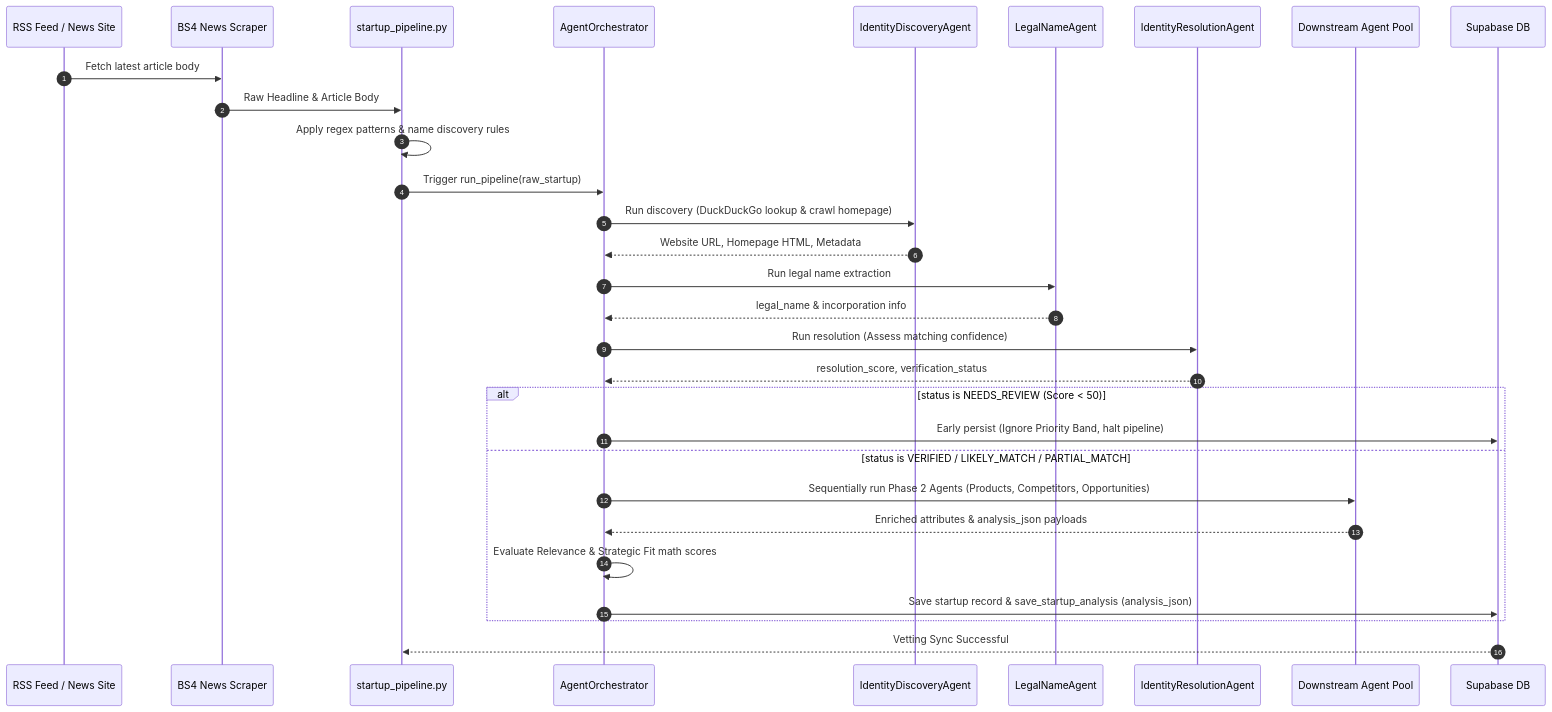
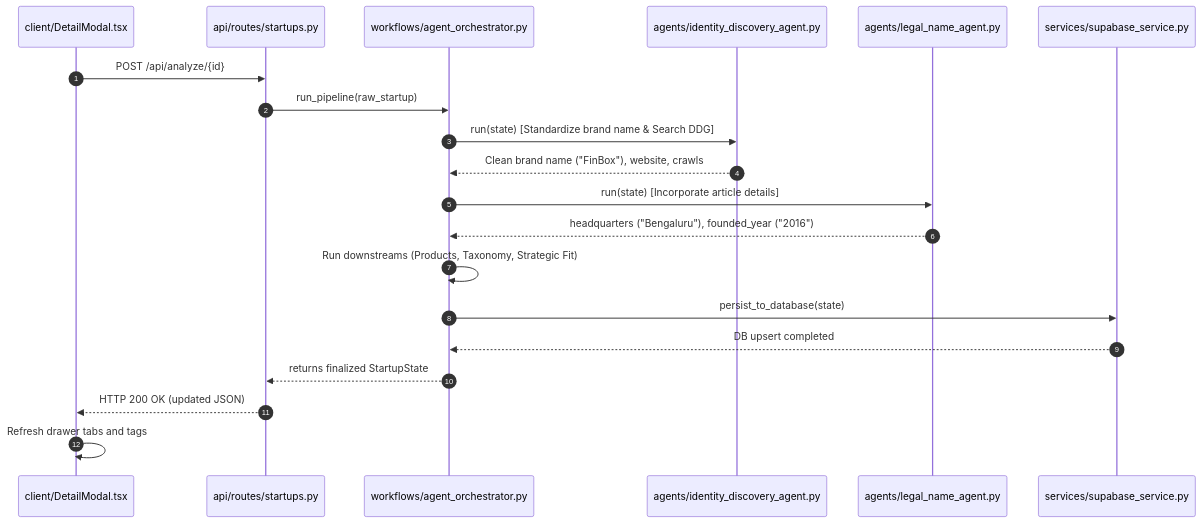
The second of 2 diagrams in docs/architecture/Startup_Intelligence_Architecture_Documentation.md (anuragbhayalprojects/startup-intelligence), drawn with Mermaid before and after one commit. The commit also changed other lines of this file, not shown here.

Commit message:
docs: upgrade Startup Intelligence OS technical architecture reference specification

````diff
--- a/docs/architecture/Startup_Intelligence_Architecture_Documentation.md
+++ b/docs/architecture/Startup_Intelligence_Architecture_Documentation.md
@@ -355,33 +489,23 @@
 ```mermaid
 sequenceDiagram
     autonumber
-    participant Feed as RSS Feed / News Site
-    participant Scraper as BS4 News Scraper
-    participant Pipeline as startup_pipeline.py
-    participant Orch as AgentOrchestrator
-    participant Discovery as IdentityDiscoveryAgent
-    participant Legal as LegalNameAgent
-    participant Resolution as IdentityResolutionAgent
-    participant Downstream as Downstream Agent Pool
-    participant Supabase as Supabase DB
+    participant UI as client/DetailModal.tsx
+    participant API as api/routes/startups.py
+    participant Orch as workflows/agent_orchestrator.py
+    participant Discovery as agents/identity_discovery_agent.py
+    participant Legal as agents/legal_name_agent.py
+    participant DB as services/supabase_service.py
 
-    Feed->>Scraper: Fetch latest article body
-    Scraper->>Pipeline: Raw Headline & Article Body
-    Pipeline->>Pipeline: Apply regex patterns & name discovery rules
-    Pipeline->>Orch: Trigger run_pipeline(raw_startup)
-    Orch->>Discovery: Run discovery (DuckDuckGo lookup & crawl homepage)
-    Discovery-->>Orch: Website URL, Homepage HTML, Metadata
-    Orch->>Legal: Run legal name extraction
-    Legal-->>Orch: legal_name & incorporation info
-    Orch->>Resolution: Run resolution (Assess matching confidence)
-    Resolution-->>Orch: resolution_score, verification_status
-    alt status is NEEDS_REVIEW (Score < 50)
-        Orch->>Supabase: Early persist (Ignore Priority Band, halt pipeline)
-    else status is VERIFIED / LIKELY_MATCH / PARTIAL_MATCH
-        Orch->>Downstream: Sequentially run Phase 2 Agents (Products, Competitors, Opportunities)
-        Downstream-->>Orch: Enriched attributes & analysis_json payloads
-        Orch->>Orch: Evaluate Relevance & Strategic Fit math scores
-        Orch->>Supabase: Save startup record & save_startup_analysis (analysis_json)
-    end
-    Supabase-->>Pipeline: Vetting Sync Successful
+    UI->>API: POST /api/analyze/{id}
+    API->>Orch: run_pipeline(raw_startup)
+    Orch->>Discovery: run(state) [Standardize brand name & Search DDG]
+    Discovery-->>Orch: Clean brand name ("FinBox"), website, crawls
+    Orch->>Legal: run(state) [Incorporate article details]
+    Legal-->>Orch: headquarters ("Bengaluru"), founded_year ("2016")
+    Orch->>Orch: Run downstreams (Products, Taxonomy, Strategic Fit)
+    Orch->>DB: persist_to_database(state)
+    DB-->>Orch: DB upsert completed
+    Orch-->>API: returns finalized StartupState
+    API-->>UI: HTTP 200 OK (updated JSON)
+    UI->>UI: Refresh drawer tabs and tags
 ```
````
